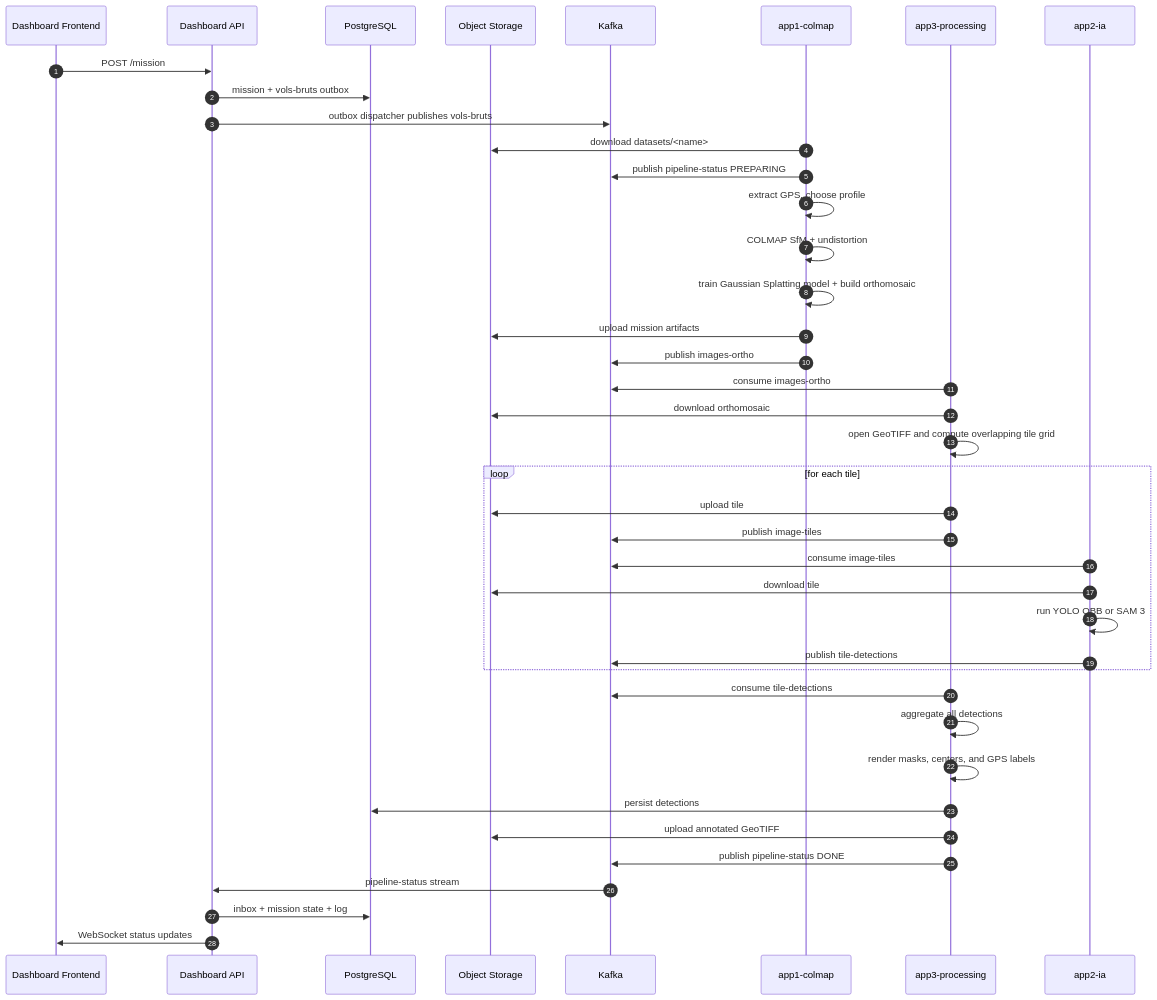
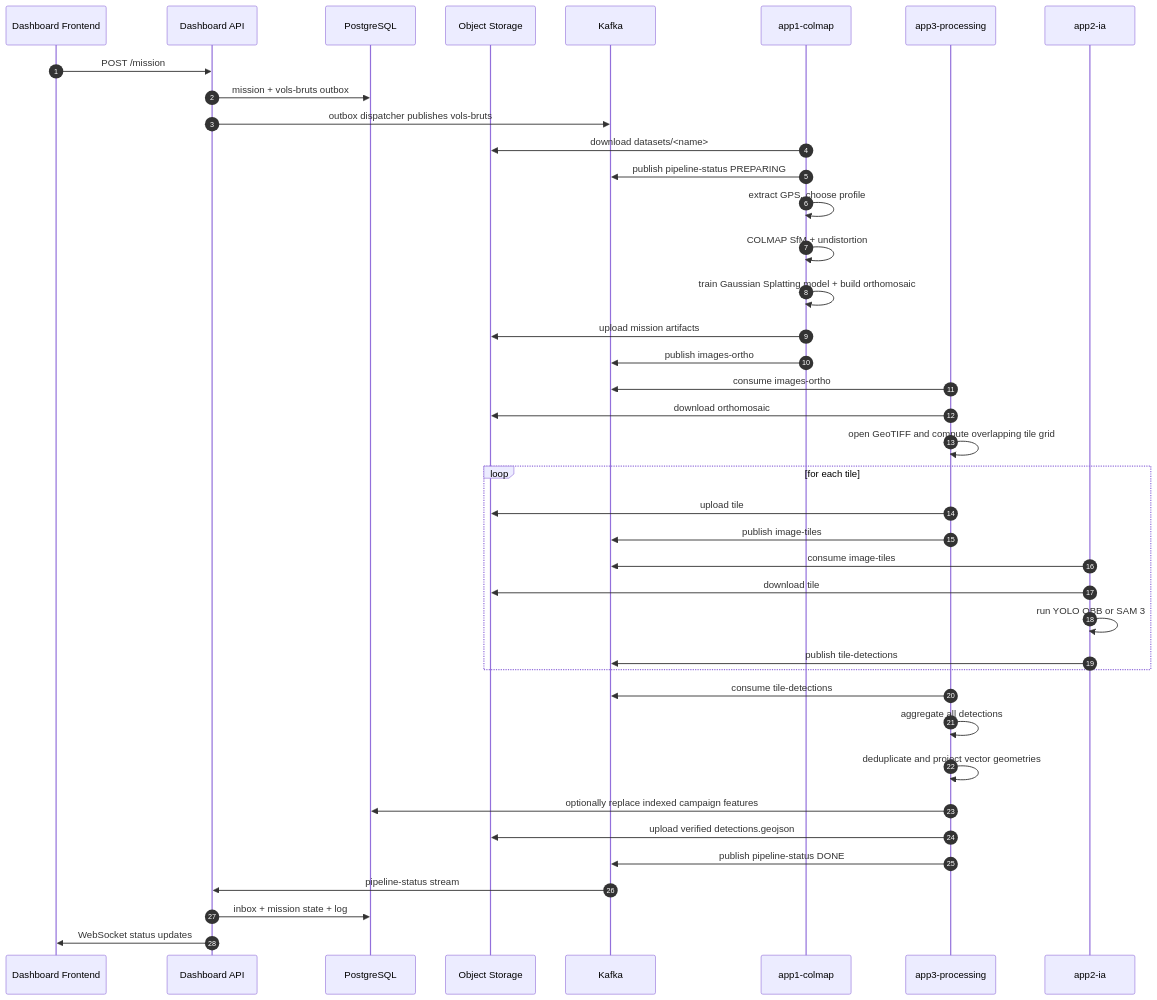
One commit to olivelb/DroneAI changed the first of 7 diagrams in DOCUMENTATION.md. Above: the diagram before and after it, drawn with Mermaid. The commit also changed other lines of this file and 33 other files, not shown here.

````diff
--- a/DOCUMENTATION.md
+++ b/DOCUMENTATION.md
@@ -746,43 +763,43 @@
 ```mermaid
 sequenceDiagram
     autonumber
     participant UI as Dashboard Frontend
     participant API as Dashboard API
     participant DB as PostgreSQL
     participant S3 as Object Storage
     participant K as Kafka
     participant C as app1-colmap
     participant P as app3-processing
     participant IA as app2-ia
 
     UI->>API: POST /mission
     API->>DB: mission + vols-bruts outbox
     API->>K: outbox dispatcher publishes vols-bruts
     C->>S3: download datasets/<name>
     C->>K: publish pipeline-status PREPARING
     C->>C: extract GPS, choose profile
     C->>C: COLMAP SfM + undistortion
     C->>C: train Gaussian Splatting model + build orthomosaic
     C->>S3: upload mission artifacts
     C->>K: publish images-ortho
     P->>K: consume images-ortho
     P->>S3: download orthomosaic
     P->>P: open GeoTIFF and compute overlapping tile grid
     loop for each tile
         P->>S3: upload tile
         P->>K: publish image-tiles
         IA->>K: consume image-tiles
         IA->>S3: download tile
         IA->>IA: run YOLO OBB or SAM 3
         IA->>K: publish tile-detections
     end
     P->>K: consume tile-detections
     P->>P: aggregate all detections
-    P->>P: render masks, centers, and GPS labels
-    P->>DB: persist detections
-    P->>S3: upload annotated GeoTIFF
+    P->>P: deduplicate and project vector geometries
+    P->>DB: optionally replace indexed campaign features
+    P->>S3: upload verified detections.geojson
     P->>K: publish pipeline-status DONE
     K->>API: pipeline-status stream
     API->>DB: inbox + mission state + log
     API->>UI: WebSocket status updates
 ```
````
